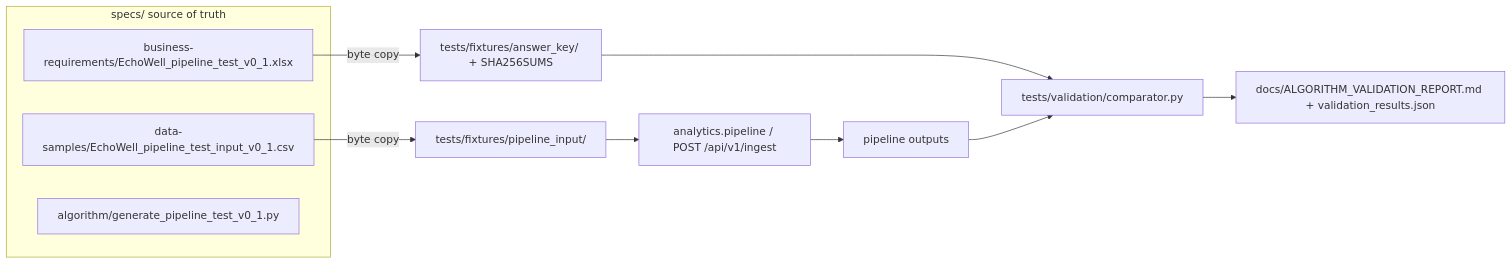
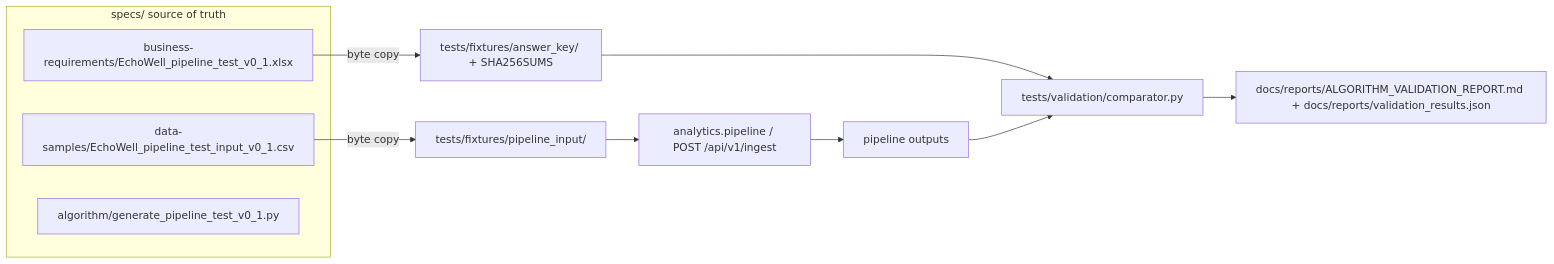
The first of 3 diagrams in specs/TRD/14_Test_Data_and_Validation_Spec.md (EchoWellApp/echowell), drawn with Mermaid before and after one commit. The commit also changed other lines of this file and 13 other files, not shown here.

````diff
--- a/specs/TRD/14_Test_Data_and_Validation_Spec.md
+++ b/specs/TRD/14_Test_Data_and_Validation_Spec.md
@@ -74,15 +77,15 @@
 ```mermaid
 flowchart LR
   subgraph specs [specs/ source of truth]
     S5[data-samples/EchoWell_pipeline_test_input_v0_1.csv]
     S3[business-requirements/EchoWell_pipeline_test_v0_1.xlsx]
     S4[algorithm/generate_pipeline_test_v0_1.py]
   end
   S5 -- byte copy --> IN[tests/fixtures/pipeline_input/]
   S3 -- byte copy --> AK[tests/fixtures/answer_key/ + SHA256SUMS]
   IN --> PIPE[analytics.pipeline / POST /api/v1/ingest]
   PIPE --> OUT[pipeline outputs]
   AK --> CMP[tests/validation/comparator.py]
   OUT --> CMP
-  CMP --> REP[docs/ALGORITHM_VALIDATION_REPORT.md + validation_results.json]
+  CMP --> REP[docs/reports/ALGORITHM_VALIDATION_REPORT.md + docs/reports/validation_results.json]
 ```
````
